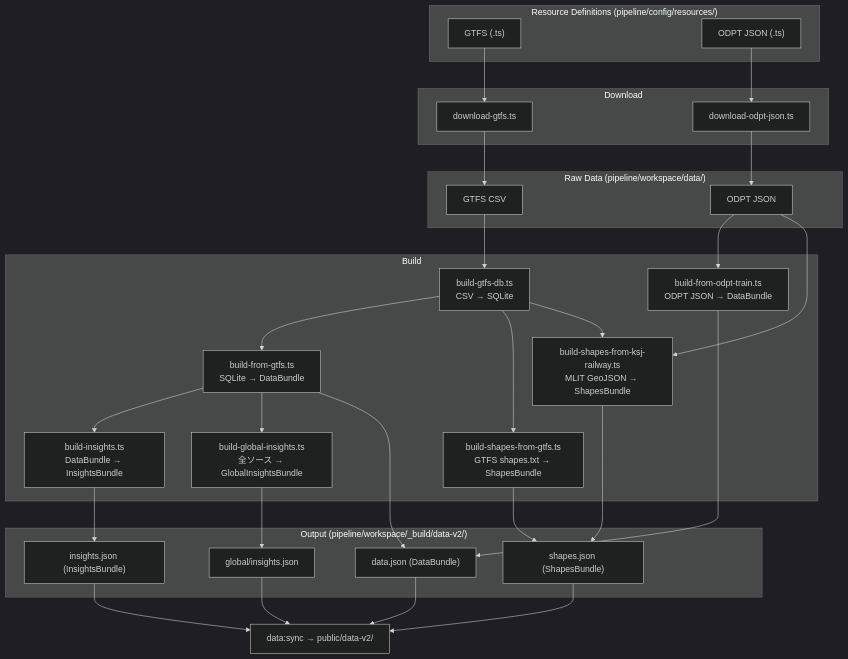
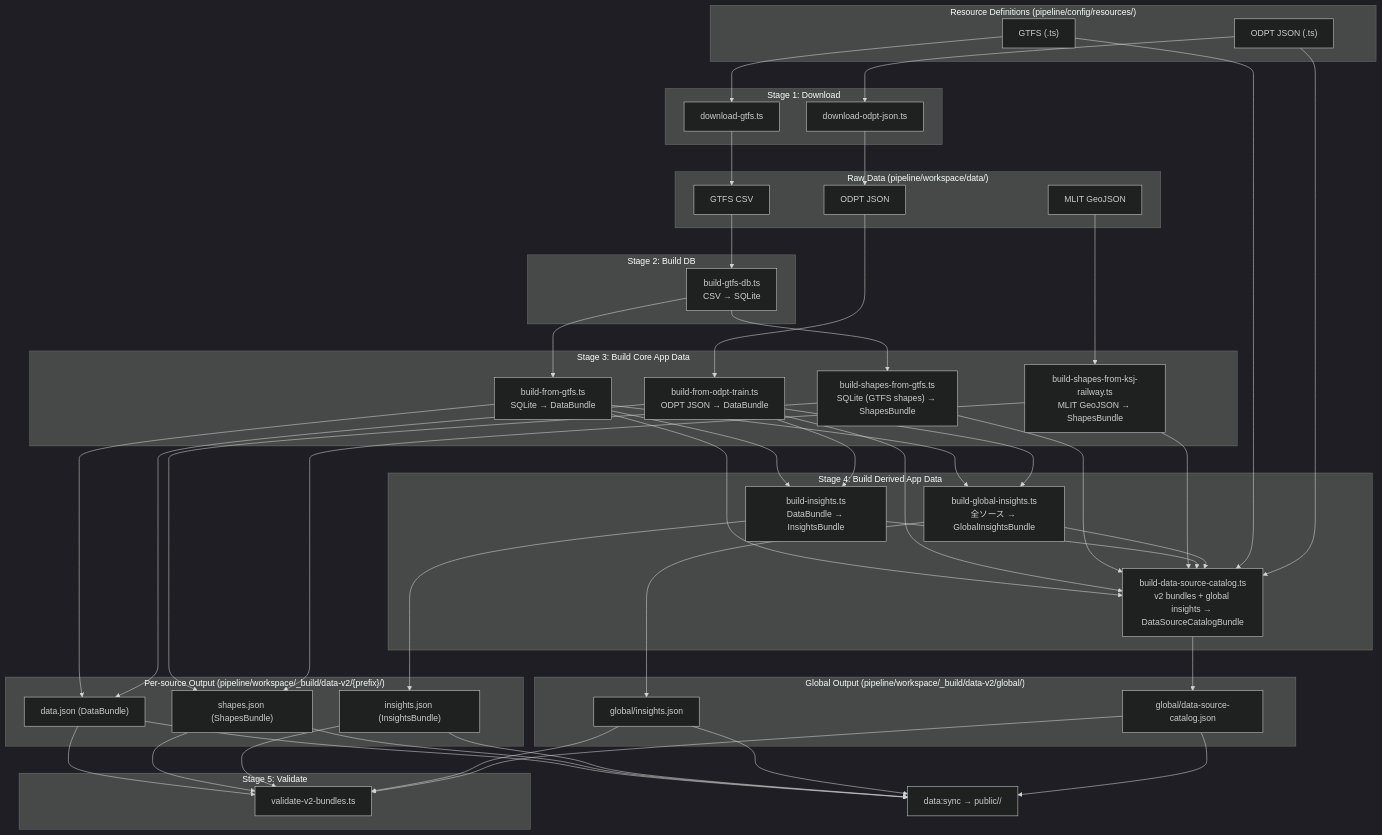
One commit to F88/athenai-transit changed the diagram in pipeline/README.md. Above: the diagram before and after it, drawn with Mermaid (dark theme). The commit also changed other lines of this file and 9 other files, not shown here.

Commit message:
feat(pipeline): add data source catalog build

````diff
--- a/pipeline/README.md
+++ b/pipeline/README.md
@@ -73,42 +79,71 @@
 ```mermaid
 flowchart TD
     subgraph src["Resource Definitions (pipeline/config/resources/)"]
         GR["GTFS (.ts)"]
         OR["ODPT JSON (.ts)"]
     end
 
-    subgraph dl["Download"]
+    subgraph dl["Stage 1: Download"]
         GR --> DG["download-gtfs.ts"]
         OR --> DO["download-odpt-json.ts"]
     end
 
     subgraph raw["Raw Data (pipeline/workspace/data/)"]
         DG --> CSV["GTFS CSV"]
         DO --> OJSON["ODPT JSON"]
+        MLIT["MLIT GeoJSON"]
     end
 
-    subgraph build["Build"]
+    subgraph s2["Stage 2: Build DB"]
         CSV --> DB["build-gtfs-db.ts<br/>CSV → SQLite"]
+    end
+
+    subgraph s3["Stage 3: Build Core App Data"]
         DB --> BD["build-from-gtfs.ts<br/>SQLite → DataBundle"]
         OJSON --> BO["build-from-odpt-train.ts<br/>ODPT JSON → DataBundle"]
-        DB --> BGS["build-shapes-from-gtfs.ts<br/>GTFS shapes.txt → ShapesBundle"]
-        DB --> BKS["build-shapes-from-ksj-railway.ts<br/>MLIT GeoJSON → ShapesBundle"]
-        OJSON --> BKS
-        BD --> BI["build-insights.ts<br/>DataBundle → InsightsBundle"]
-        BD --> BGI["build-global-insights.ts<br/>全ソース → GlobalInsightsBundle"]
+        DB --> BGS["build-shapes-from-gtfs.ts<br/>SQLite (GTFS shapes) → ShapesBundle"]
+        MLIT --> BKS["build-shapes-from-ksj-railway.ts<br/>MLIT GeoJSON → ShapesBundle"]
     end
 
-    subgraph out["Output (pipeline/workspace/_build/data-v2/)"]
+    subgraph s4["Stage 4: Build Derived App Data"]
+        BD --> BI["build-insights.ts<br/>DataBundle → InsightsBundle"]
+        BO --> BI
+        BD --> BGI["build-global-insights.ts<br/>全ソース → GlobalInsightsBundle"]
+        BO --> BGI
+        BD --> BDC["build-data-source-catalog.ts<br/>v2 bundles + global insights → DataSourceCatalogBundle"]
+        BO --> BDC
+        BGS --> BDC
+        BKS --> BDC
+        BI --> BDC
+        BGI --> BDC
+        GR --> BDC
+        OR --> BDC
+    end
+
+    subgraph outLocal["Per-source Output (pipeline/workspace/_build/data-v2/{prefix}/)"]
         BD --> JSON["data.json (DataBundle)"]
         BO --> JSON
         BGS --> SHAPES["shapes.json (ShapesBundle)"]
         BKS --> SHAPES
         BI --> INSIGHTS["insights.json (InsightsBundle)"]
-        BGI --> GINSIGHTS["global/insights.json"]
     end
 
-    JSON --> SYNC["data:sync → public/data-v2/"]
+    subgraph outGlobal["Global Output (pipeline/workspace/_build/data-v2/global/)"]
+        BGI --> GINSIGHTS["global/insights.json"]
+        BDC --> CATALOG["global/data-source-catalog.json"]
+    end
+
+    subgraph s5["Stage 5: Validate"]
+        JSON --> VAL["validate-v2-bundles.ts"]
+        SHAPES --> VAL
+        INSIGHTS --> VAL
+        GINSIGHTS --> VAL
+        CATALOG --> VAL
+    end
+
+    JSON --> SYNC["data:sync → public/<PIPELINE_TRANSIT_DATA_DIR>/"]
     SHAPES --> SYNC
     INSIGHTS --> SYNC
     GINSIGHTS --> SYNC
+    CATALOG --> SYNC
 ```
````
